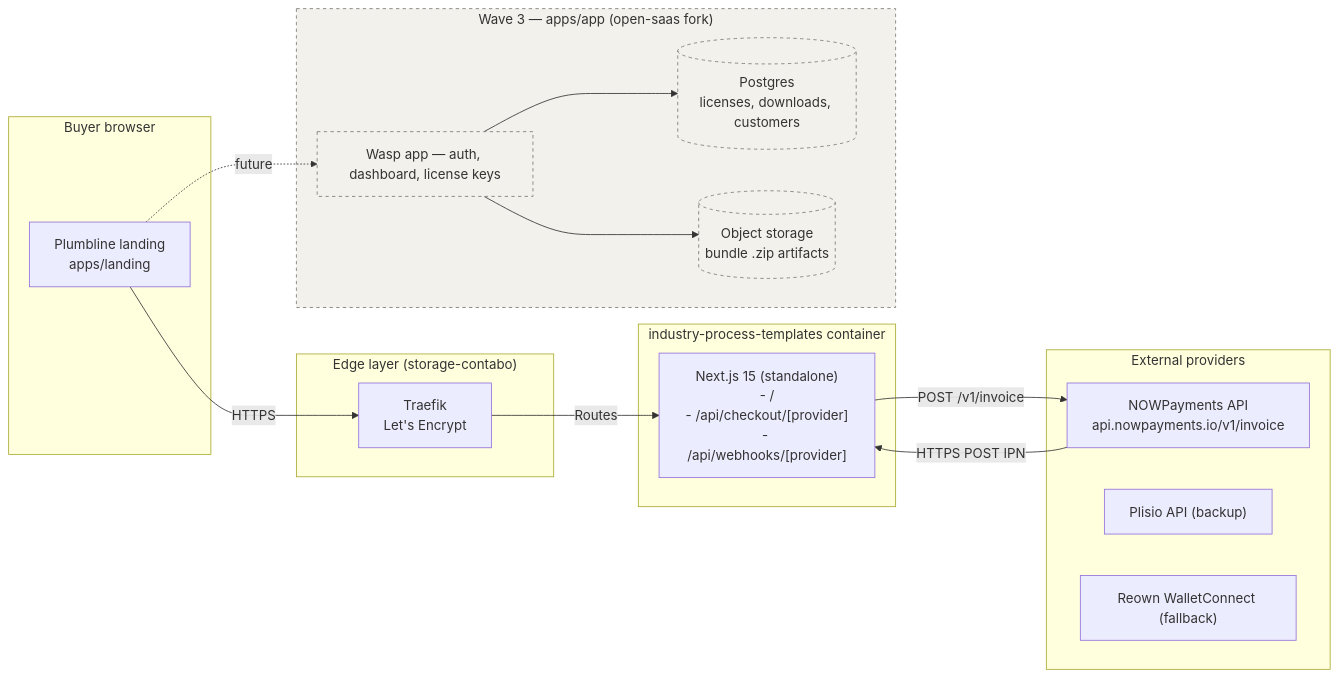
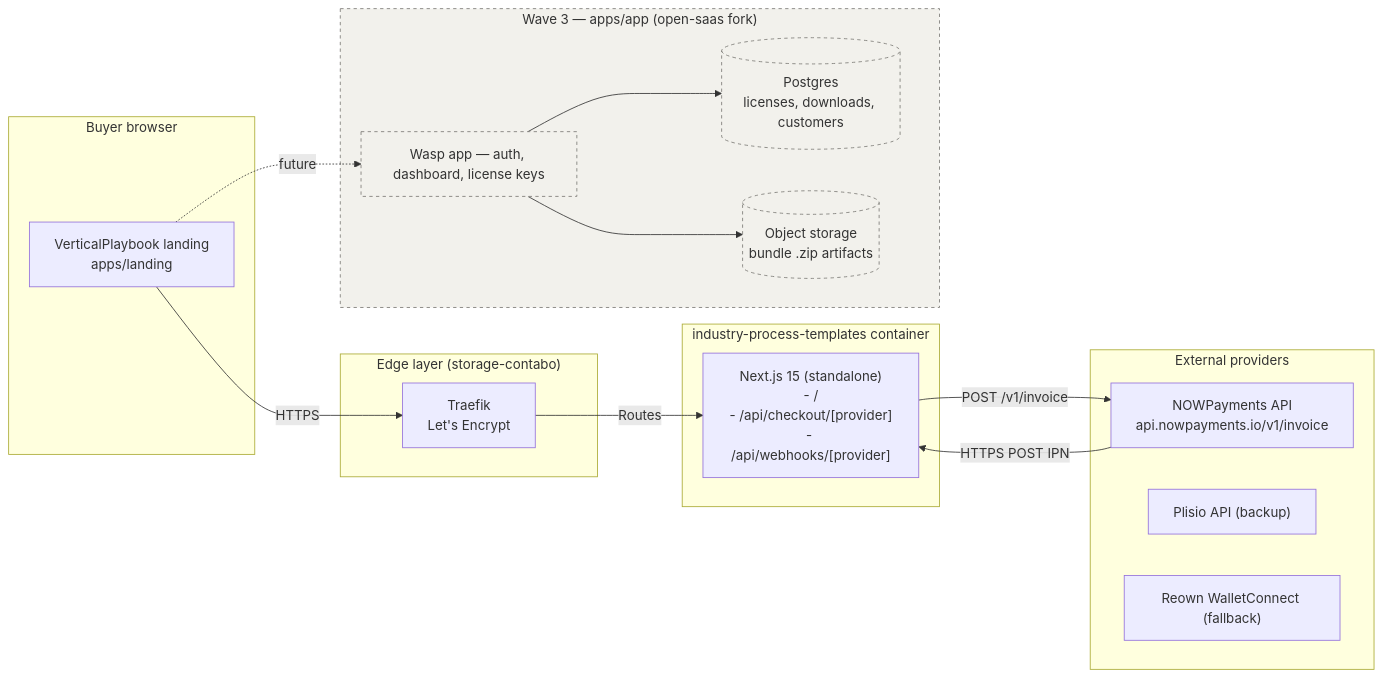
Before and after one commit to prin7r-projects/industry-process-templates: the diagram in docs/02-architecture.md, drawn with Mermaid. The commit also changed 28 other files, not shown here.

First line of the commit message:
rebrand: Plumbline → VerticalPlaybook (FAIL on live plumblineconsulting.com SaaS collision)

````diff
--- a/docs/02-architecture.md
+++ b/docs/02-architecture.md
@@ -5,45 +5,45 @@
 ```mermaid
 flowchart LR
     subgraph Client["Buyer browser"]
-        L["Plumbline landing
+        L["VerticalPlaybook landing
 apps/landing"]
     end
 
     subgraph Edge["Edge layer (storage-contabo)"]
         T["Traefik
 Let's Encrypt"]
     end
 
     subgraph Container["industry-process-templates container"]
         N["Next.js 15 (standalone)
 - /
 - /api/checkout/[provider]
 - /api/webhooks/[provider]"]
     end
 
     subgraph Providers["External providers"]
         NP["NOWPayments API
 api.nowpayments.io/v1/invoice"]
         PL["Plisio API (backup)"]
         RW["Reown WalletConnect (fallback)"]
     end
 
     subgraph Future["Wave 3 — apps/app (open-saas fork)"]
         OS["Wasp app — auth, dashboard, license keys"]
         DB[("Postgres
 licenses, downloads, customers")]
         S3[("Object storage
 bundle .zip artifacts")]
     end
 
     L -->|HTTPS| T
     T -->|Routes| N
     N -->|POST /v1/invoice| NP
     NP -->|HTTPS POST IPN| N
     L -.->|future| OS
     OS --> DB
     OS --> S3
 
     classDef future fill:#F2F1EC,stroke:#7A7975,stroke-dasharray:4 4
     class Future,OS,DB,S3 future
 ```
````
